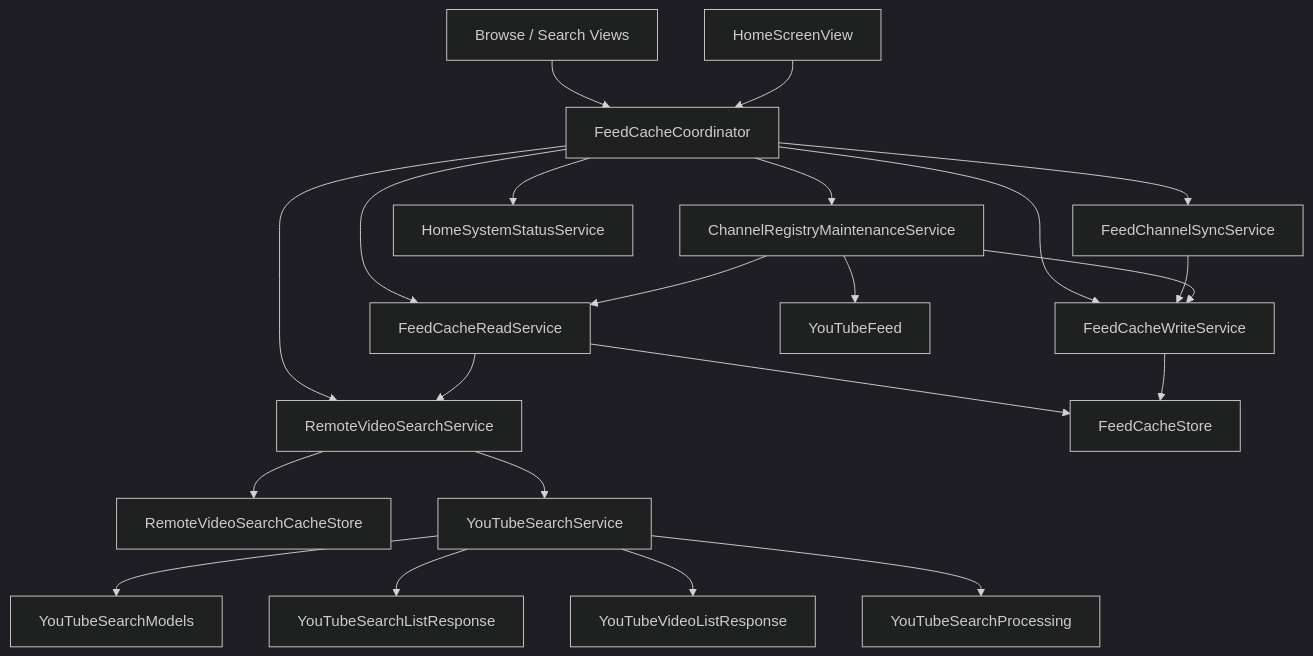
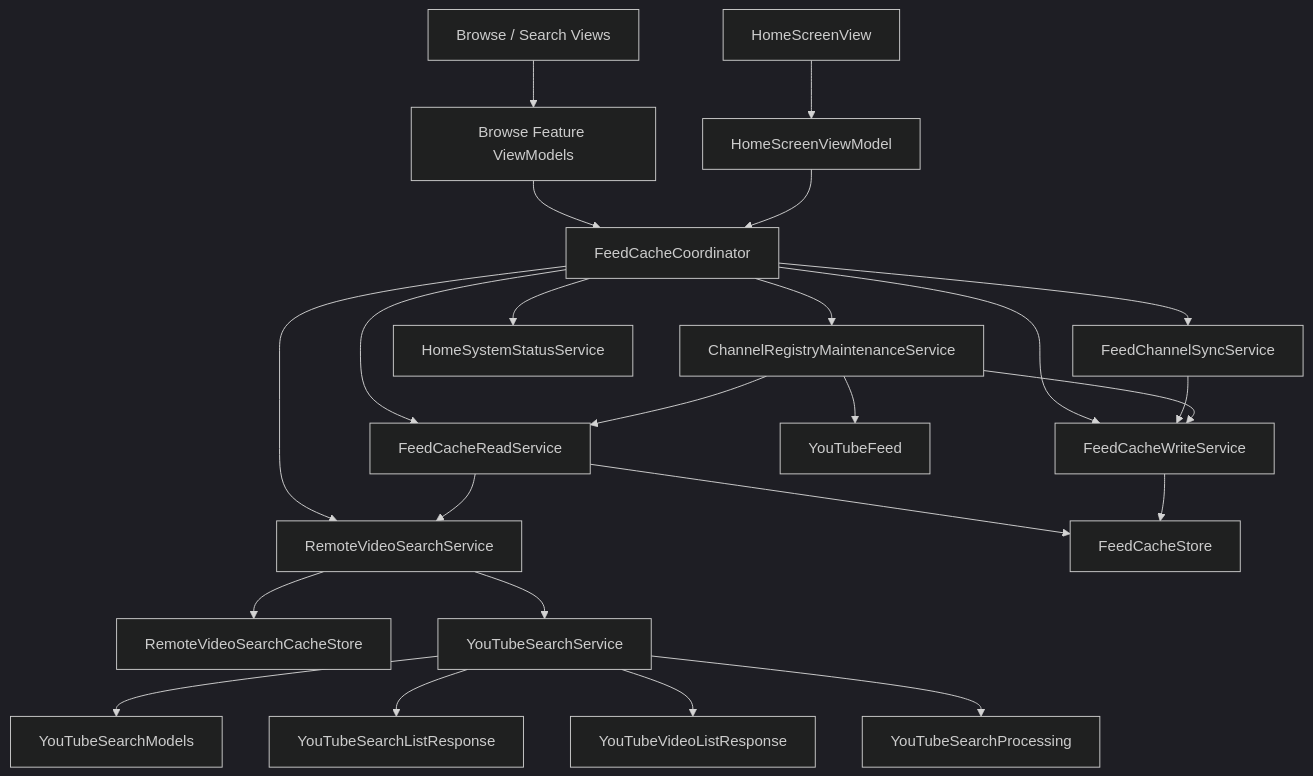
Before and after one commit to horikuma/YoutubeFeeder: the fourth of 6 diagrams in docs/human-view/design-overview.md, drawn with Mermaid (dark theme). The commit also changed other lines of this file and 2 other files, not shown here.

````diff
--- a/docs/human-view/design-overview.md
+++ b/docs/human-view/design-overview.md
@@ -84,26 +87,28 @@
 ```mermaid
 flowchart TD
-    BrowseViews["Browse / Search Views"] --> Coordinator["FeedCacheCoordinator"]
-    HomeView["HomeScreenView"] --> Coordinator
+    BrowseViews["Browse / Search Views"] --> BrowseViewModels["Browse Feature ViewModels"]
+    HomeView["HomeScreenView"] --> HomeViewModel["HomeScreenViewModel"]
+    BrowseViewModels --> Coordinator["FeedCacheCoordinator"]
+    HomeViewModel --> Coordinator
 
     Coordinator --> Read["FeedCacheReadService"]
     Coordinator --> Write["FeedCacheWriteService"]
     Coordinator --> Sync["FeedChannelSyncService"]
     Coordinator --> RegistryMaintenance["ChannelRegistryMaintenanceService"]
     Coordinator --> RemoteSearch["RemoteVideoSearchService"]
     Coordinator --> HomeStatus["HomeSystemStatusService"]
 
     Read --> Store["FeedCacheStore"]
     Read --> RemoteSearch
     Write --> Store
     Sync --> Write
     RegistryMaintenance --> Read
     RegistryMaintenance --> Write
     RegistryMaintenance --> YouTubeFeed["YouTubeFeed"]
     RemoteSearch --> RemoteSearchCache["RemoteVideoSearchCacheStore"]
     RemoteSearch --> YouTubeSearch["YouTubeSearchService"]
     YouTubeSearch --> SearchModels["YouTubeSearchModels"]
     YouTubeSearch --> SearchListResponse["YouTubeSearchListResponse"]
     YouTubeSearch --> VideoListResponse["YouTubeVideoListResponse"]
     YouTubeSearch --> SearchProcessing["YouTubeSearchProcessing"]
 ```
````
